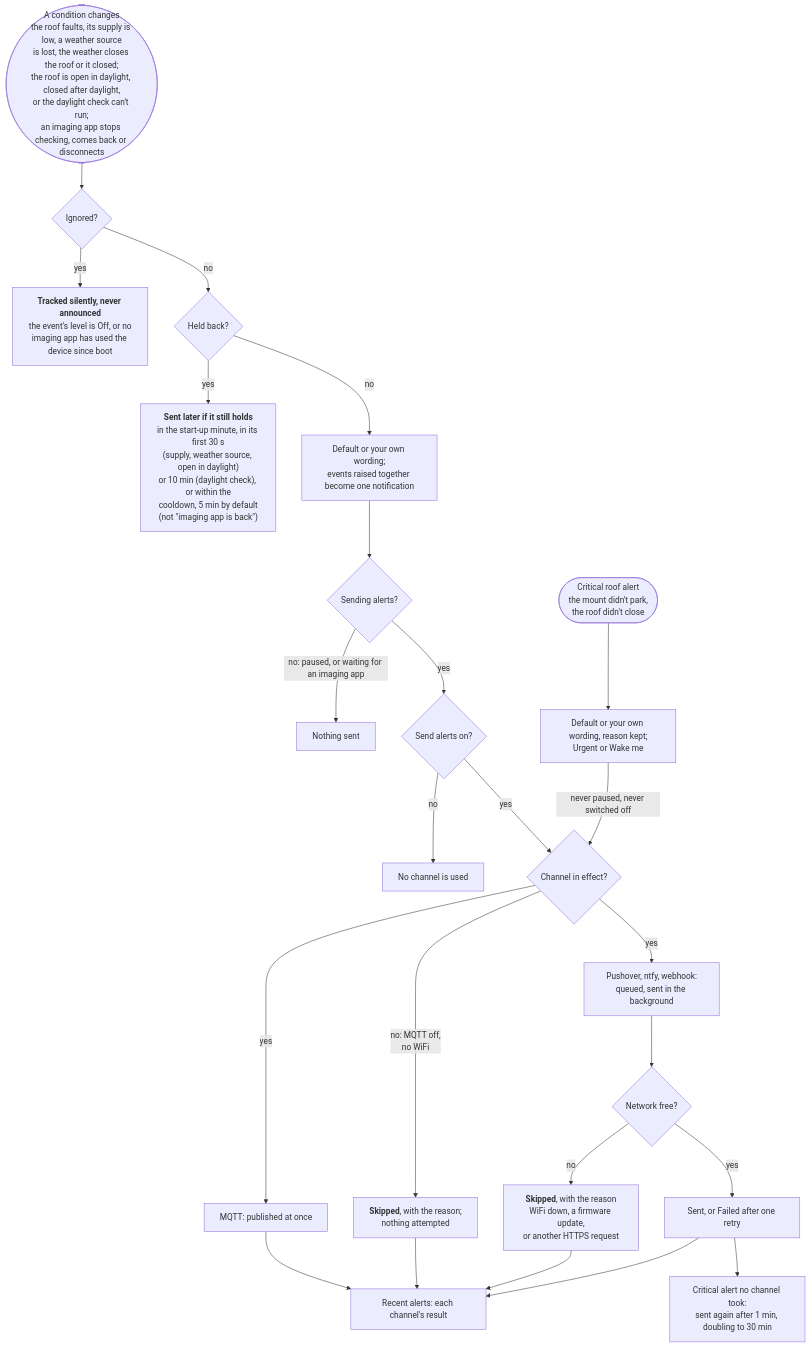
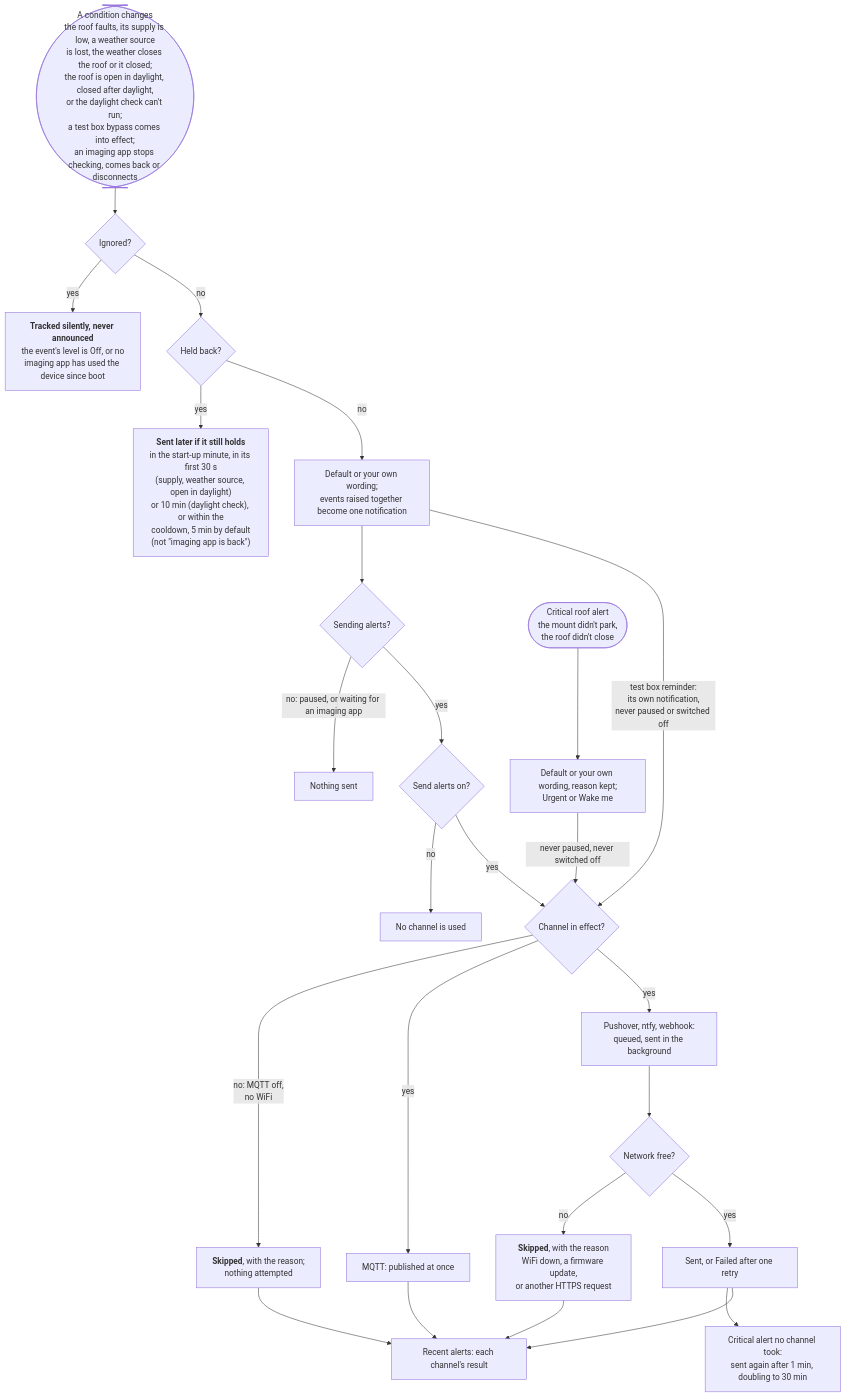
One commit to DeanJ87/RoofRoof changed the diagram in docs/user-guide/alerts.md. Above: the diagram before and after it, drawn with Mermaid. The commit also changed other lines of this file and 61 other files, not shown here.

````diff
--- a/docs/user-guide/alerts.md
+++ b/docs/user-guide/alerts.md
@@ -24,28 +24,29 @@
 ```mermaid
 flowchart TB
     accTitle: Why an alert does or doesn't arrive
-    accDescr: Each second the device compares the roof and the imaging app with what you were last told. A change can be tracked silently, held back for now, or dropped by its level; otherwise it is worded and, if alerts are on and not paused, sent to every enabled channel, with each channel's result recorded. A critical roof alert skips the pause and the master switch, and is sent again until a channel takes it.
-    CHANGE(["A condition changes<br/>the roof faults, its supply is low, a weather source<br/>is lost, the weather closes the roof or it closed;<br/>the roof is open in daylight, closed after daylight,<br/>or the daylight check can't run;<br/>an imaging app stops checking, comes back or disconnects"]) --> SILENT{"Ignored?"}
+    accDescr: Each second the device compares the roof and the imaging app with what you were last told. A change can be tracked silently, held back for now, or dropped by its level; otherwise it is worded and, if alerts are on and not paused, sent to every enabled channel, with each channel's result recorded. A critical roof alert skips the pause and the master switch, and is sent again until a channel takes it. The test box reminder skips the pause, the send mode and the master switch too, as a notification of its own.
+    CHANGE(["A condition changes<br/>the roof faults, its supply is low, a weather source<br/>is lost, the weather closes the roof or it closed;<br/>the roof is open in daylight, closed after daylight,<br/>or the daylight check can't run;<br/>a test box bypass comes into effect;<br/>an imaging app stops checking, comes back or disconnects"]) --> SILENT{"Ignored?"}
     SILENT -->|yes| TRACKED["<b>Tracked silently, never announced</b><br/>the event's level is Off, or no<br/>imaging app has used the device since boot"]
     SILENT -->|no| HELD{"Held back?"}
     HELD -->|yes| LATER["<b>Sent later if it still holds</b><br/>in the start-up minute, in its first 30 s<br/>(supply, weather source, open in daylight)<br/>or 10 min (daylight check), or within the<br/>cooldown, 5 min by default<br/>(not &quot;imaging app is back&quot;)"]
     HELD -->|no| WORDING["Default or your own wording;<br/>events raised together become one notification"]
     WORDING --> ON{"Sending alerts?"}
+    WORDING -->|"test box reminder:<br/>its own notification,<br/>never paused or switched off"| INEFFECT
     ON -->|"no: paused, or waiting for an imaging app"| NOTHING["Nothing sent"]
     ON -->|yes| MASTER{"Send alerts on?"}
     MASTER -->|no| NOPUSH["No channel is used"]
     MASTER -->|yes| INEFFECT{"Channel in effect?"}
     CRITICAL(["Critical roof alert<br/>the mount didn't park,<br/>the roof didn't close"]) --> CWORDING["Default or your own wording, reason kept;<br/>Urgent or Wake me"]
     CWORDING -->|"never paused, never switched off"| INEFFECT
     SENT --> AGAIN["Critical alert no channel took:<br/>sent again after 1 min, doubling to 30 min"]
     INEFFECT -->|"no: MQTT off,<br/>no WiFi"| INACTIVE["<b>Skipped</b>, with the reason;<br/>nothing attempted"]
     INEFFECT -->|yes| MQTT["MQTT: published at once"]
     INEFFECT -->|yes| HTTP["Pushover, ntfy, webhook:<br/>queued, sent in the background"]
     HTTP --> CANSEND{"Network free?"}
     CANSEND -->|no| SKIPPED["<b>Skipped</b>, with the reason<br/>WiFi down, a firmware update,<br/>or another HTTPS request"]
     CANSEND -->|yes| SENT["Sent, or Failed after one retry"]
     MQTT --> RECENT["Recent alerts: each channel's result"]
     INACTIVE --> RECENT
     SKIPPED --> RECENT
     SENT --> RECENT
 ```
````
